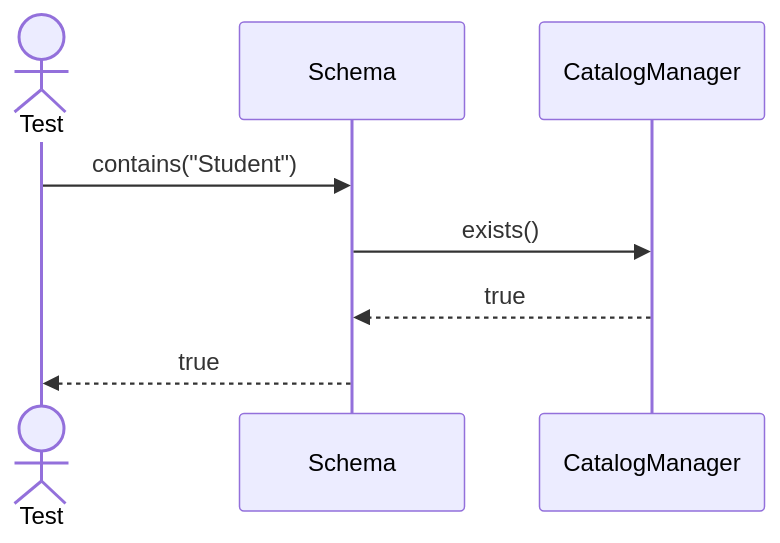
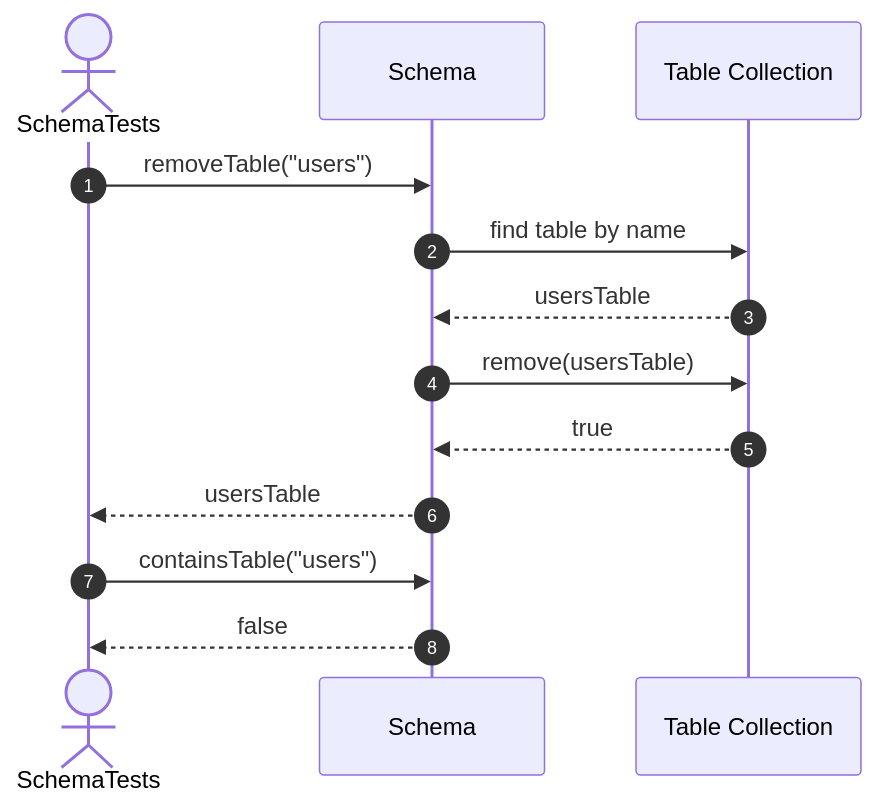
One commit to FhuAnn/-bbv-AN-s-DBMS changed the ninth of 15 diagrams in src/tests/unit/metadata/sequences/schemas-testing-sequences.md. Above: the diagram before and after it, drawn with Mermaid. The commit also changed other lines of this file and 60 other files, not shown here.

Commit message:
refactor data table, row, column, constraint, index test file

````diff
--- a/src/tests/unit/metadata/sequences/schemas-testing-sequences.md
+++ b/src/tests/unit/metadata/sequences/schemas-testing-sequences.md
@@ -265,16 +157,17 @@
 ```mermaid
 sequenceDiagram
-actor Test
+    autonumber
+    actor Test as SchemaTests
+    participant Schema as Schema
+    participant Tables as Table Collection
 
-participant Schema
+    Test->>Schema: removeTable("users")
+    Schema->>Tables: find table by name
+    Tables-->>Schema: usersTable
+    Schema->>Tables: remove(usersTable)
+    Tables-->>Schema: true
+    Schema-->>Test: usersTable
 
-participant CatalogManager
-
-Test->>Schema: contains("Student")
-
-Schema->>CatalogManager: exists()
-
-CatalogManager-->>Schema: true
-
-Schema-->>Test: true
+    Test->>Schema: containsTable("users")
+    Schema-->>Test: false
 ```
````
